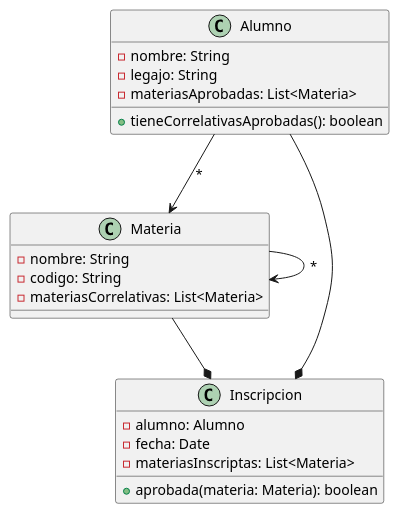
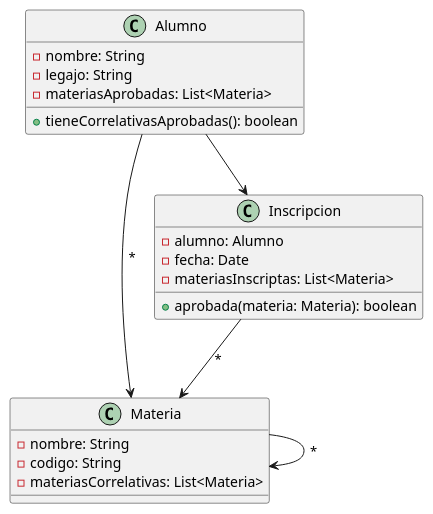
Before and after one commit to LeonelArianContreras/Correlativas: the diagram in src/DiagramaDeClases.puml, drawn with PlantUML.

Commit message:
Fix: Diagrama de Clases

```diff
--- a/src/DiagramaDeClases.puml
+++ b/src/DiagramaDeClases.puml
@@ -1,29 +1,29 @@
 @startuml
 
 Class Alumno {
     -nombre: String
     -legajo: String
     -materiasAprobadas: List<Materia>
     +tieneCorrelativasAprobadas(): boolean
 }
 
 Class Materia {
     -nombre: String
     -codigo: String
     -materiasCorrelativas: List<Materia>
 }
 
 Class Inscripcion {
     -alumno: Alumno
     -fecha: Date
     -materiasInscriptas: List<Materia>
     +aprobada(materia: Materia): boolean
 }
 
-Alumno --* Inscripcion
-Materia --* Inscripcion
+Alumno --> Inscripcion
+Inscripcion --> Materia : "*"
 Materia --> Materia : "*"
 Alumno --> Materia: "*"
 
 
 @enduml
```
